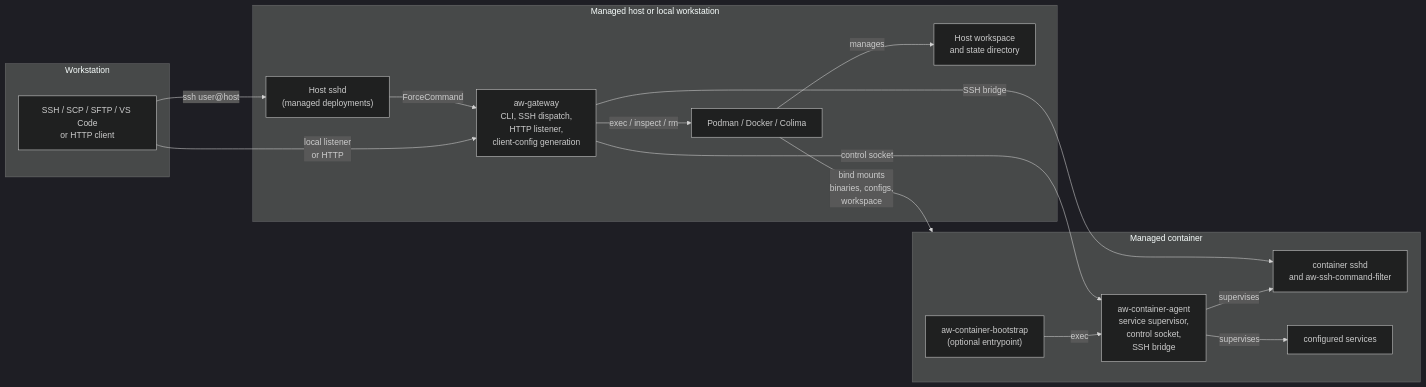
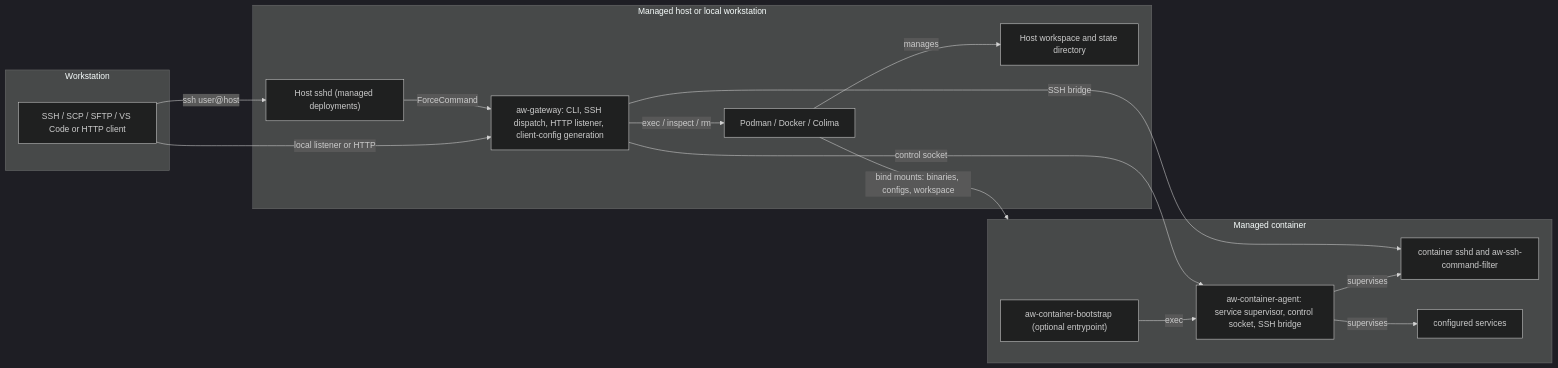
The first of 8 diagrams in README.md (kcosr/aw-gateway), drawn with Mermaid (dark theme) before and after one commit. The commit also changed other lines of this file, not shown here.

Commit message:
Fix README render feedback

````diff
--- a/README.md
+++ b/README.md
@@ -143,35 +143,35 @@
 ```mermaid
 flowchart LR
     subgraph workstation["Workstation"]
-        client["SSH / SCP / SFTP / VS Code\nor HTTP client"]
+        client["SSH / SCP / SFTP / VS Code or HTTP client"]
     end
 
     subgraph host["Managed host or local workstation"]
-        hostssh["Host sshd\n(managed deployments)"]
-        gw["aw-gateway\nCLI, SSH dispatch,\nHTTP listener,\nclient-config generation"]
+        hostssh["Host sshd (managed deployments)"]
+        gw["aw-gateway: CLI, SSH dispatch, HTTP listener, client-config generation"]
         runtime["Podman / Docker / Colima"]
-        wsdir["Host workspace\nand state directory"]
+        wsdir["Host workspace and state directory"]
     end
 
     subgraph container["Managed container"]
-        boot["aw-container-bootstrap\n(optional entrypoint)"]
-        agent["aw-container-agent\nservice supervisor,\ncontrol socket,\nSSH bridge"]
-        sshd["container sshd\nand aw-ssh-command-filter"]
+        boot["aw-container-bootstrap (optional entrypoint)"]
+        agent["aw-container-agent: service supervisor, control socket, SSH bridge"]
+        sshd["container sshd and aw-ssh-command-filter"]
         svc["configured services"]
     end
 
     client -- "ssh user@host" --> hostssh
     hostssh -- "ForceCommand" --> gw
-    client -- "local listener\nor HTTP" --> gw
+    client -- "local listener or HTTP" --> gw
 
     gw -- "exec / inspect / rm" --> runtime
-    runtime -- "bind mounts\nbinaries, configs,\nworkspace" --> container
+    runtime -- "bind mounts: binaries, configs, workspace" --> container
     runtime -- "manages" --> wsdir
 
     gw -- "control socket" --> agent
     gw -- "SSH bridge" --> sshd
 
     boot -- "exec" --> agent
     agent -- "supervises" --> sshd
     agent -- "supervises" --> svc
 ```
````
